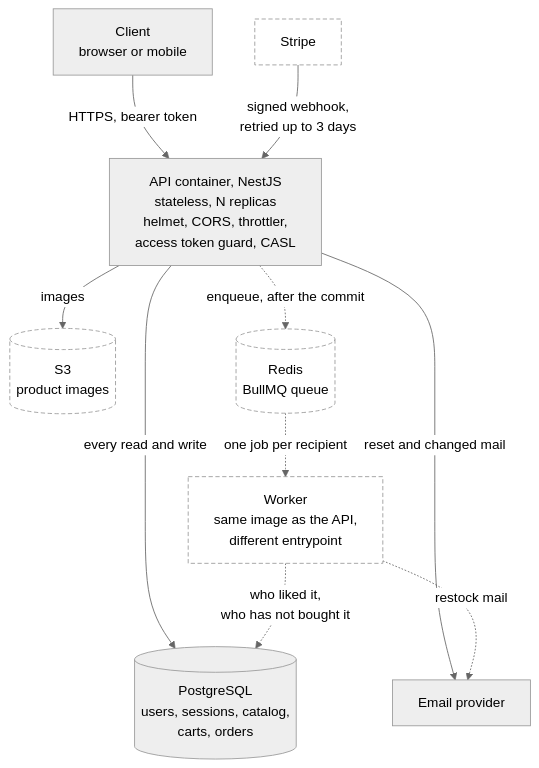
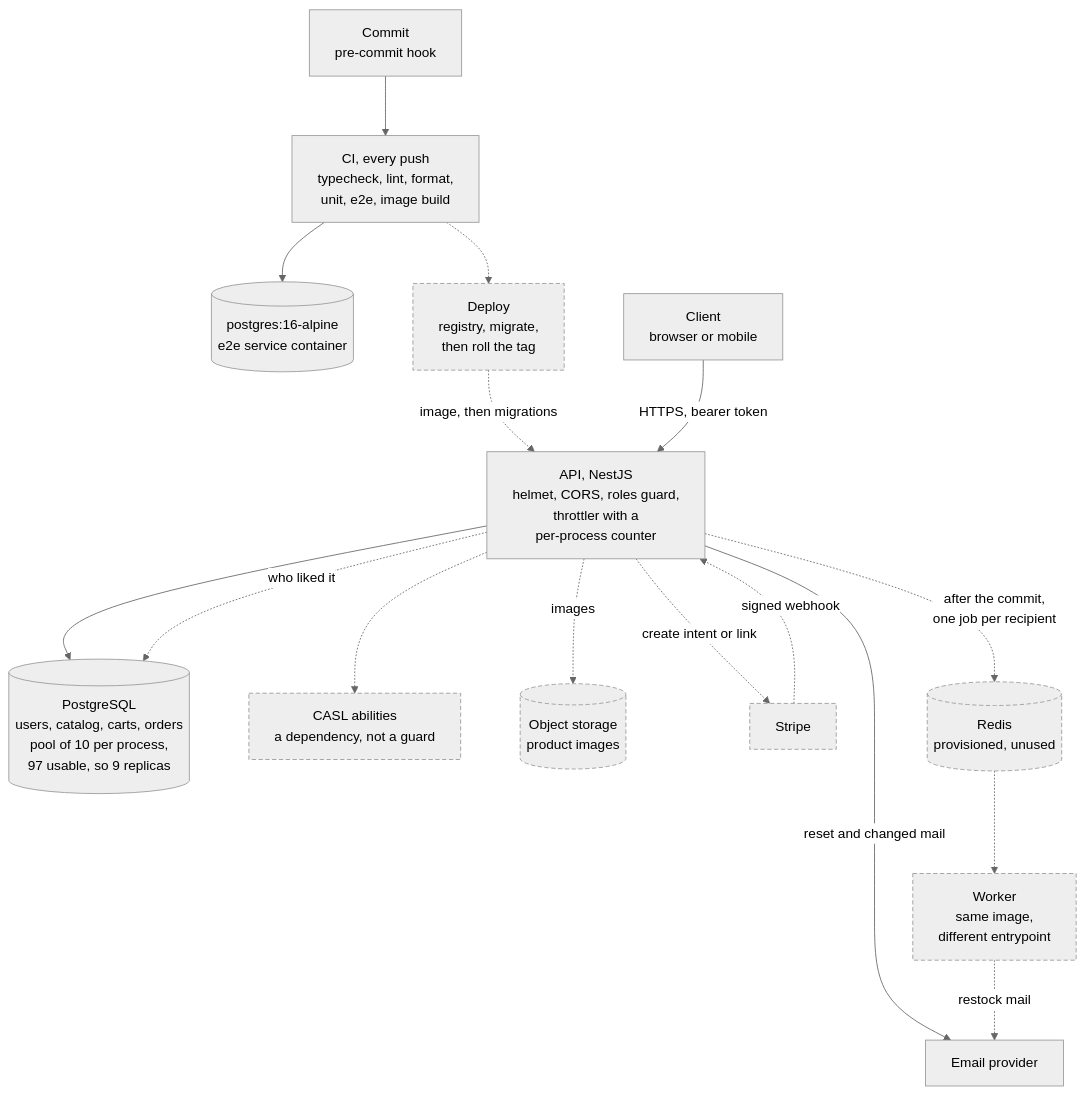
The diagram in ARCHITECTURE.md (f3r21/t-shirt-store-api), drawn with Mermaid (neutral theme) before and after one commit. The commit also changed other lines of this file, not shown here.

Commit message:
docs: answer the five review questions and correct the diagram

````diff
--- a/ARCHITECTURE.md
+++ b/ARCHITECTURE.md
@@ -9,28 +9,38 @@
 ```mermaid
+%%{init: {"flowchart": {"nodeSpacing": 70, "rankSpacing": 70}}}%%
 flowchart TB
+    code["Commit<br/>pre-commit hook"]
+    ci["CI, every push<br/>typecheck, lint, format,<br/>unit, e2e, image build"]
+    citest[("postgres:16-alpine<br/>e2e service container")]
+    deploy["Deploy<br/>registry, migrate,<br/>then roll the tag"]
+
     client["Client<br/>browser or mobile"]
+    api["API, NestJS<br/>helmet, CORS, roles guard,<br/>throttler with a<br/>per-process counter"]
+    pg[("PostgreSQL<br/>users, catalog, carts, orders<br/>pool of 10 per process,<br/>97 usable, so 9 replicas")]
+    casl["CASL abilities<br/>a dependency, not a guard"]
+    store[("Object storage<br/>product images")]
+    smtp["Email provider"]
     stripe["Stripe"]
+    redis[("Redis<br/>provisioned, unused")]
+    worker["Worker<br/>same image,<br/>different entrypoint"]
 
-    api["API container, NestJS<br/>stateless, N replicas<br/>helmet, CORS, throttler,<br/>access token guard, CASL"]
-
-    pg[("PostgreSQL<br/>users, sessions, catalog,<br/>carts, orders")]
-    s3[("S3<br/>product images")]
-    redis[("Redis<br/>BullMQ queue")]
-    worker["Worker<br/>same image as the API,<br/>different entrypoint"]
-    smtp["Email provider"]
+    code --> ci
+    ci --> citest
+    ci -.-> deploy
+    deploy -.->|"image, then migrations"| api
 
     client -->|"HTTPS, bearer token"| api
-    stripe -->|"signed webhook,<br/>retried up to 3 days"| api
-
-    api -->|"every read and write"| pg
-    api -->|"images"| s3
+    api --> pg
+    api -.->|"who liked it"| pg
+    api -.-> casl
+    api -.->|"images"| store
     api -->|"reset and changed mail"| smtp
-    api -.->|"enqueue, after the commit"| redis
-
-    redis -.->|"one job per recipient"| worker
-    worker -.->|"who liked it,<br/>who has not bought it"| pg
+    api -.->|"create intent or link"| stripe
+    api -.->|"after the commit,<br/>one job per recipient"| redis
+    stripe -.->|"signed webhook"| api
+    redis -.-> worker
     worker -.->|"restock mail"| smtp
 
-    classDef planned stroke-dasharray:5 3,fill:#fff
-    class worker,redis,stripe,s3 planned
+    classDef planned stroke-dasharray:5 3
+    class casl,deploy,stripe,store,redis,worker planned
 ```
````
